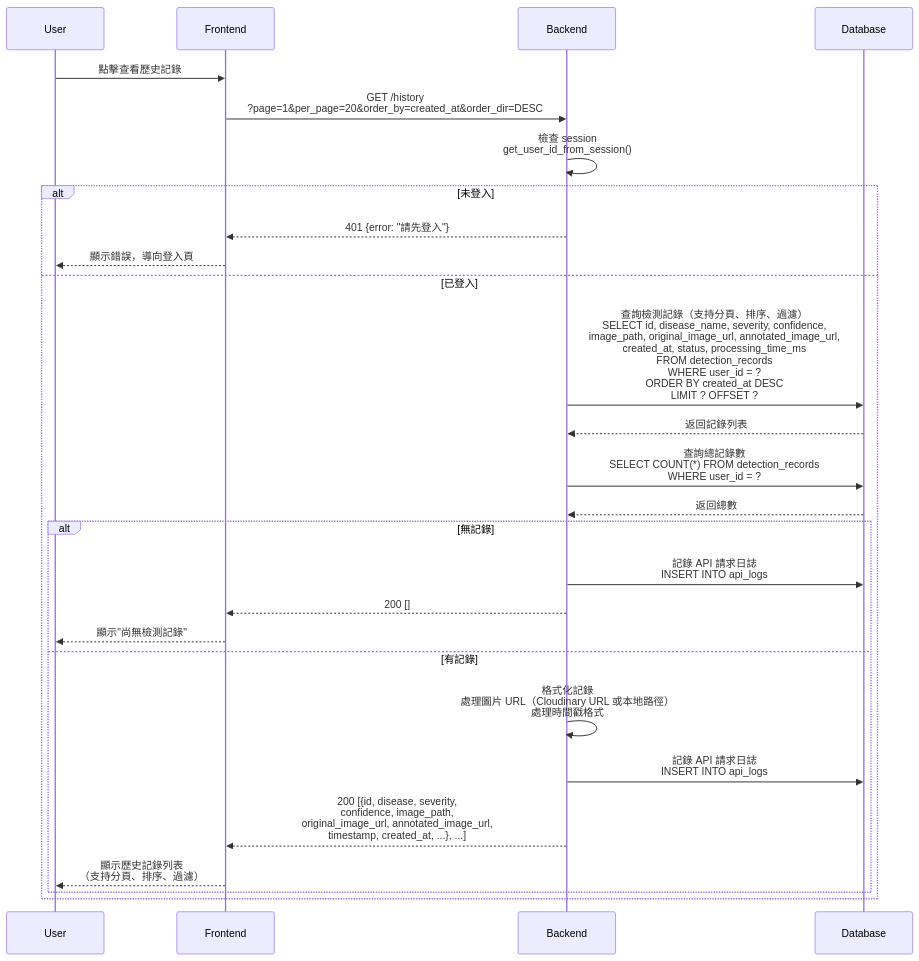
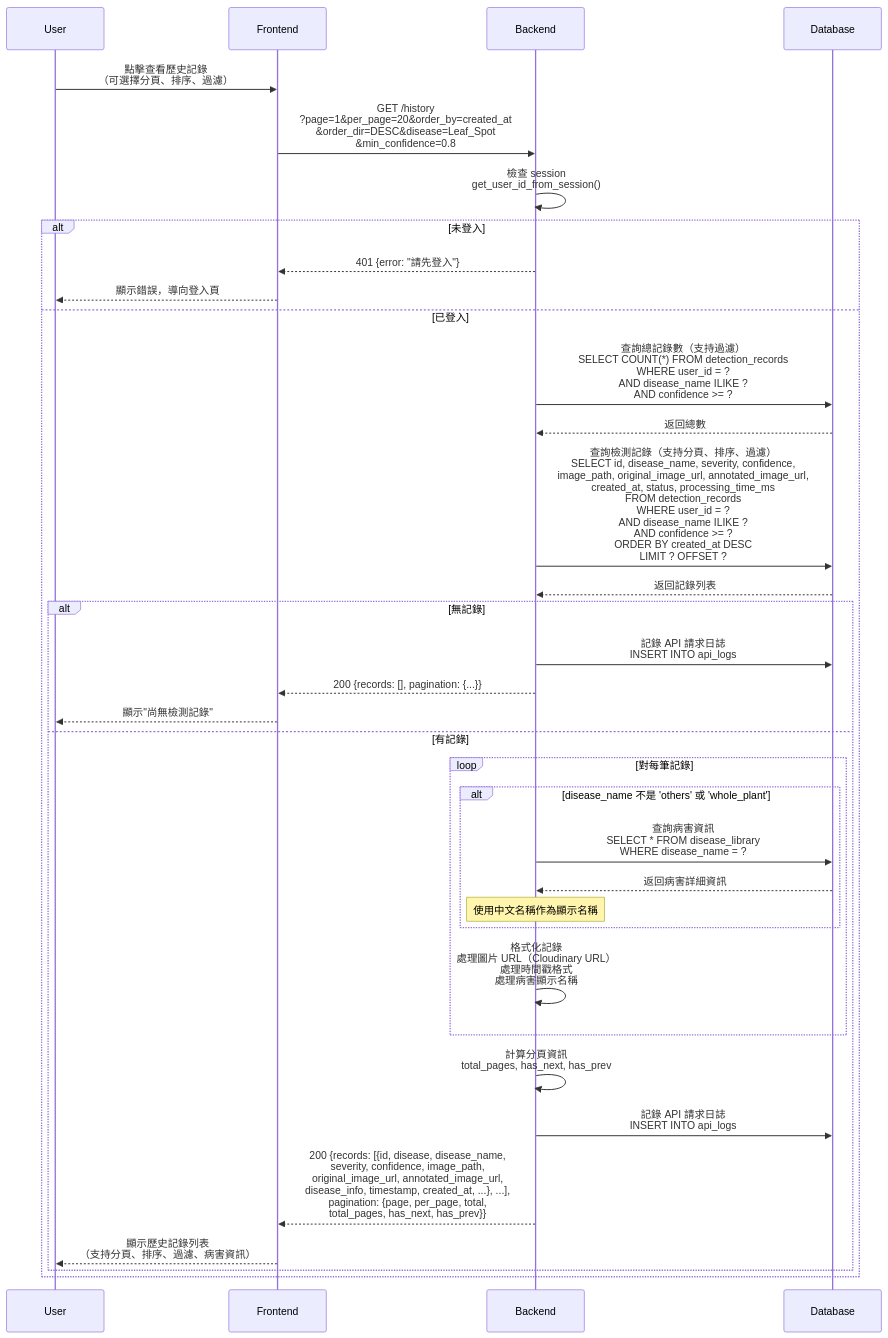
The sixth of 12 diagrams in docs/sequences_diagram.md (szweijin/Leaf_Disease_AI), drawn with Mermaid before and after one commit. The commit also changed other lines of this file and 13 other files, not shown here.

````diff
--- a/docs/sequences_diagram.md
+++ b/docs/sequences_diagram.md
@@ -274,34 +387,44 @@
 ```mermaid
 sequenceDiagram
     participant User
     participant Frontend
     participant Backend
     participant Database
 
-    User->>Frontend: 點擊查看歷史記錄
-    Frontend->>Backend: GET /history<br/>?page=1&per_page=20&order_by=created_at&order_dir=DESC
+    User->>Frontend: 點擊查看歷史記錄<br/>（可選擇分頁、排序、過濾）
+    Frontend->>Backend: GET /history<br/>?page=1&per_page=20&order_by=created_at<br/>&order_dir=DESC&disease=Leaf_Spot<br/>&min_confidence=0.8
 
     Backend->>Backend: 檢查 session<br/>get_user_id_from_session()
 
     alt 未登入
         Backend-->>Frontend: 401 {error: "請先登入"}
         Frontend-->>User: 顯示錯誤，導向登入頁
     else 已登入
-        Backend->>Database: 查詢檢測記錄（支持分頁、排序、過濾）<br/>SELECT id, disease_name, severity, confidence,<br/>image_path, original_image_url, annotated_image_url,<br/>created_at, status, processing_time_ms<br/>FROM detection_records<br/>WHERE user_id = ?<br/>ORDER BY created_at DESC<br/>LIMIT ? OFFSET ?
+        Backend->>Database: 查詢總記錄數（支持過濾）<br/>SELECT COUNT(*) FROM detection_records<br/>WHERE user_id = ?<br/>AND disease_name ILIKE ?<br/>AND confidence >= ?
+        Database-->>Backend: 返回總數
+
+        Backend->>Database: 查詢檢測記錄（支持分頁、排序、過濾）<br/>SELECT id, disease_name, severity, confidence,<br/>image_path, original_image_url, annotated_image_url,<br/>created_at, status, processing_time_ms<br/>FROM detection_records<br/>WHERE user_id = ?<br/>AND disease_name ILIKE ?<br/>AND confidence >= ?<br/>ORDER BY created_at DESC<br/>LIMIT ? OFFSET ?
         Database-->>Backend: 返回記錄列表
-
-        Backend->>Database: 查詢總記錄數<br/>SELECT COUNT(*) FROM detection_records<br/>WHERE user_id = ?
-        Database-->>Backend: 返回總數
 
         alt 無記錄
             Backend->>Database: 記錄 API 請求日誌<br/>INSERT INTO api_logs
-            Backend-->>Frontend: 200 []
+            Backend-->>Frontend: 200 {records: [], pagination: {...}}
             Frontend-->>User: 顯示"尚無檢測記錄"
         else 有記錄
-            Backend->>Backend: 格式化記錄<br/>處理圖片 URL（Cloudinary URL 或本地路徑）<br/>處理時間戳格式
+            loop 對每筆記錄
+                alt disease_name 不是 'others' 或 'whole_plant'
+                    Backend->>Database: 查詢病害資訊<br/>SELECT * FROM disease_library<br/>WHERE disease_name = ?
+                    Database-->>Backend: 返回病害詳細資訊
+                    Note over Backend: 使用中文名稱作為顯示名稱
+                end
+                Backend->>Backend: 格式化記錄<br/>處理圖片 URL（Cloudinary URL）<br/>處理時間戳格式<br/>處理病害顯示名稱
+            end
+
+            Backend->>Backend: 計算分頁資訊<br/>total_pages, has_next, has_prev
+
             Backend->>Database: 記錄 API 請求日誌<br/>INSERT INTO api_logs
-            Backend-->>Frontend: 200 [{id, disease, severity,<br/>confidence, image_path,<br/>original_image_url, annotated_image_url,<br/>timestamp, created_at, ...}, ...]
-            Frontend-->>User: 顯示歷史記錄列表<br/>（支持分頁、排序、過濾）
+            Backend-->>Frontend: 200 {records: [{id, disease, disease_name,<br/>severity, confidence, image_path,<br/>original_image_url, annotated_image_url,<br/>disease_info, timestamp, created_at, ...}, ...],<br/>pagination: {page, per_page, total,<br/>total_pages, has_next, has_prev}}
+            Frontend-->>User: 顯示歷史記錄列表<br/>（支持分頁、排序、過濾、病害資訊）
         end
     end
 ```
````
